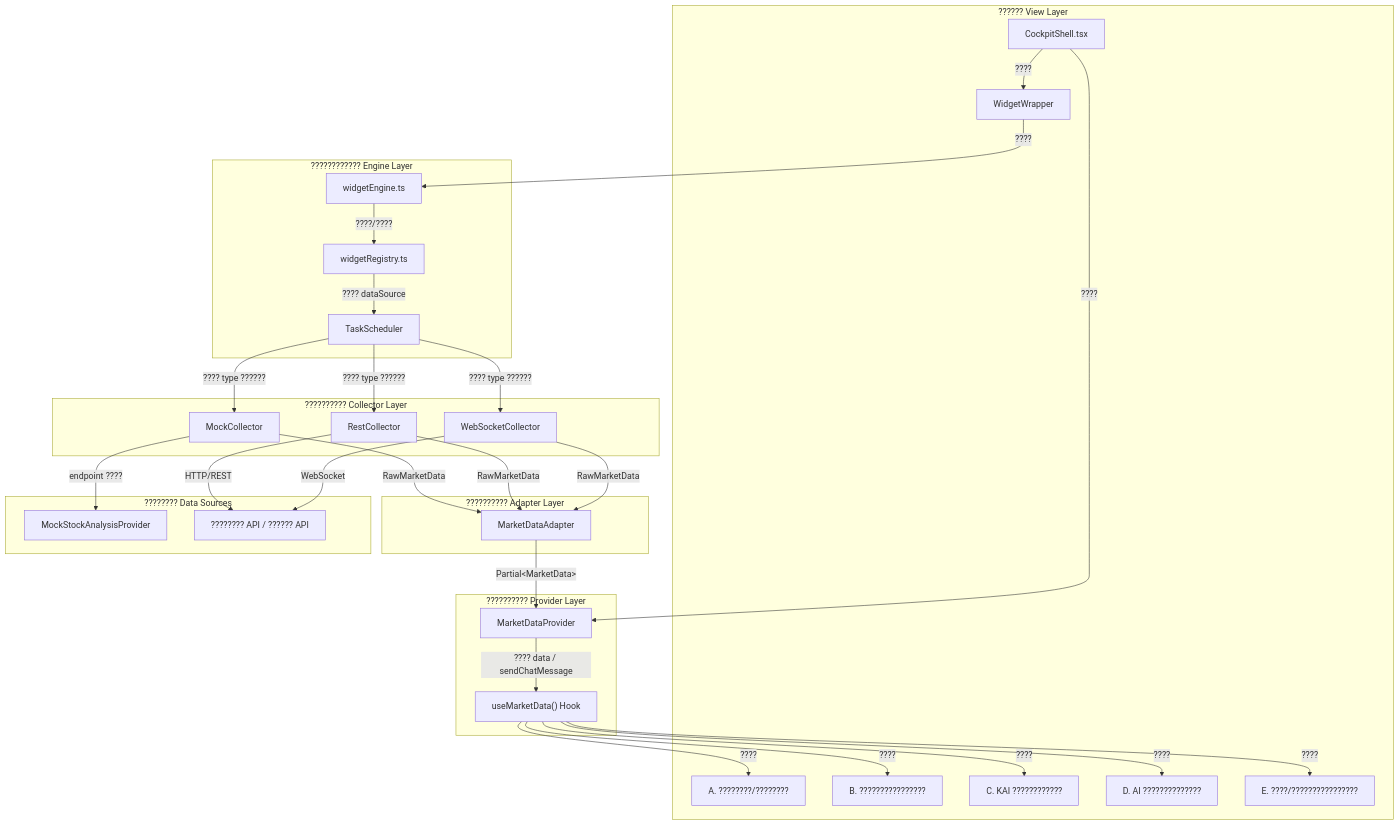
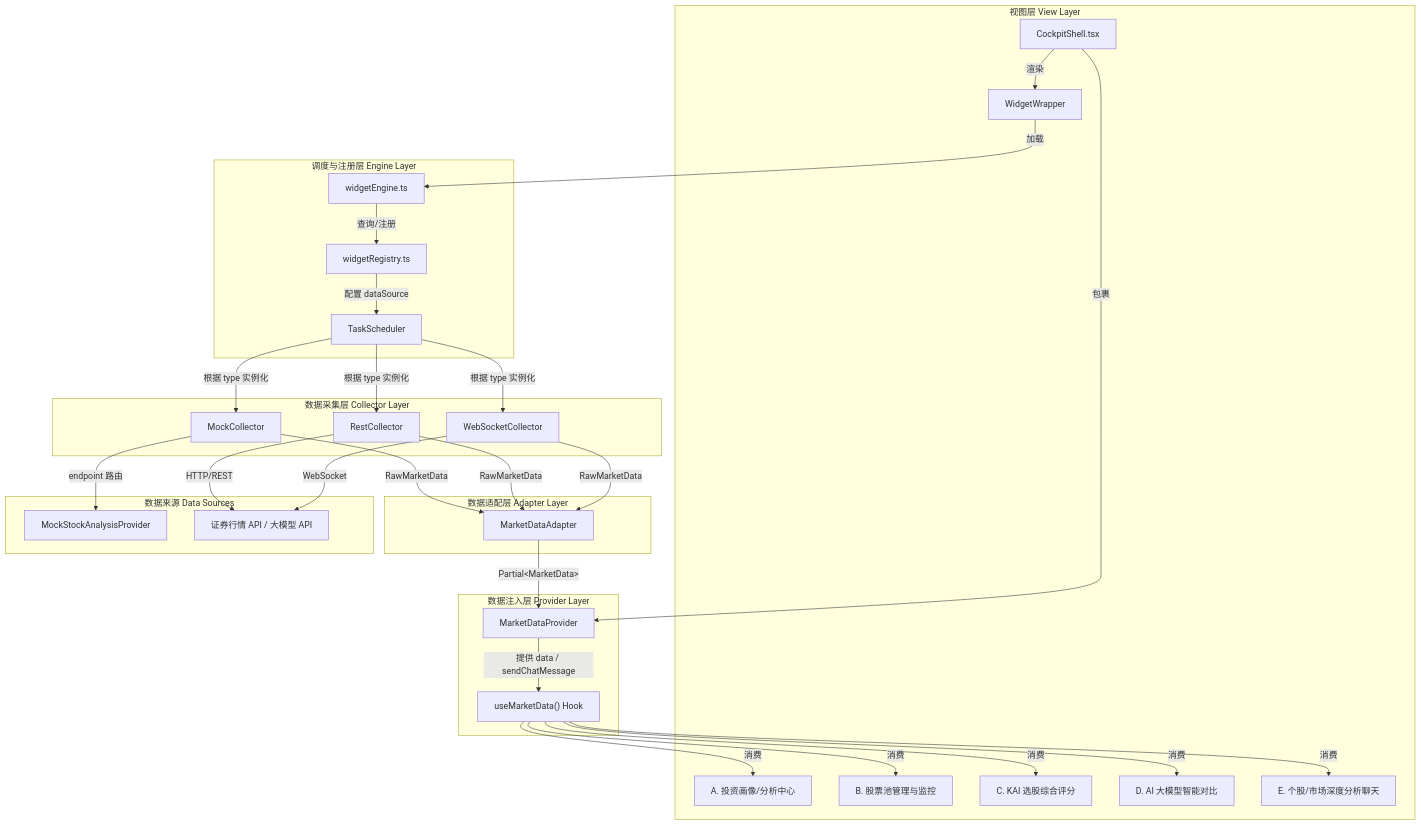
Before and after one commit to DHENGHONGYU/-: the first of 4 diagrams in docs/explanation/ARCHITECTURE.md, drawn with Mermaid. The commit also changed other lines of this file and 849 other files, not shown here.

````diff
--- a/docs/explanation/ARCHITECTURE.md
+++ b/docs/explanation/ARCHITECTURE.md
@@ -45,52 +45,52 @@
 ```mermaid
 flowchart TB
-    subgraph View["?????? View Layer"]
+    subgraph View["视图层 View Layer"]
         Shell["CockpitShell.tsx"]
         Wrapper["WidgetWrapper"]
-        W_A["A. ????????/????????"]
-        W_B["B. ????????????????"]
-        W_C["C. KAI ????????????"]
-        W_D["D. AI ??????????????"]
-        W_E["E. ????/????????????????"]
+        W_A["A. 投资画像/分析中心"]
+        W_B["B. 股票池管理与监控"]
+        W_C["C. KAI 选股综合评分"]
+        W_D["D. AI 大模型智能对比"]
+        W_E["E. 个股/市场深度分析聊天"]
     end
 
-    subgraph Provider["?????????? Provider Layer"]
+    subgraph Provider["数据注入层 Provider Layer"]
         MDP["MarketDataProvider"]
         UMD["useMarketData() Hook"]
     end
 
-    subgraph Engine["???????????? Engine Layer"]
+    subgraph Engine["调度与注册层 Engine Layer"]
         WR["widgetRegistry.ts"]
         WE["widgetEngine.ts"]
         TS["TaskScheduler"]
     end
 
-    subgraph Collector["?????????? Collector Layer"]
+    subgraph Collector["数据采集层 Collector Layer"]
         MC["MockCollector"]
         RC["RestCollector"]
         WSC["WebSocketCollector"]
     end
 
-    subgraph Adapter["?????????? Adapter Layer"]
+    subgraph Adapter["数据适配层 Adapter Layer"]
         MDA["MarketDataAdapter"]
     end
 
-    subgraph Data["???????? Data Sources"]
+    subgraph Data["数据来源 Data Sources"]
         Mock["MockStockAnalysisProvider"]
-        API["???????? API / ?????? API"]
+        API["证券行情 API / 大模型 API"]
     end
 
-    Shell -->|????| MDP
-    MDP -->|???? data / sendChatMessage| UMD
-    UMD -->|????| W_A & W_B & W_C & W_D & W_E
-    Shell -->|????| Wrapper
-    Wrapper -->|????| WE
-    WE -->|????/????| WR
-    WR -->|???? dataSource| TS
-    TS -->|???? type ??????| MC & RC & WSC
-    MC -->|endpoint ????| Mock
+    Shell -->|包裹| MDP
+    MDP -->|提供 data / sendChatMessage| UMD
+    UMD -->|消费| W_A & W_B & W_C & W_D & W_E
+    Shell -->|渲染| Wrapper
+    Wrapper -->|加载| WE
+    WE -->|查询/注册| WR
+    WR -->|配置 dataSource| TS
+    TS -->|根据 type 实例化| MC & RC & WSC
+    MC -->|endpoint 路由| Mock
     RC -->|HTTP/REST| API
     WSC -->|WebSocket| API
     MC & RC & WSC -->|RawMarketData| MDA
     MDA -->|Partial&lt;MarketData&gt;| MDP
 ```
````
